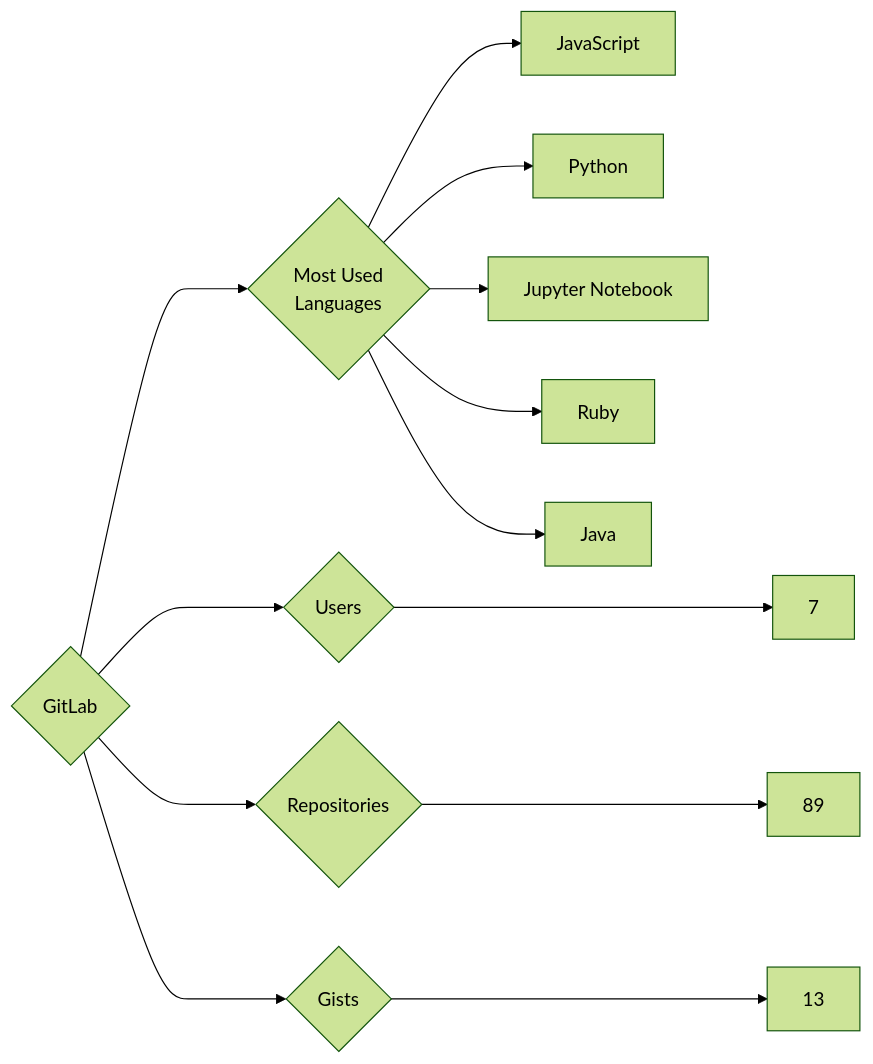
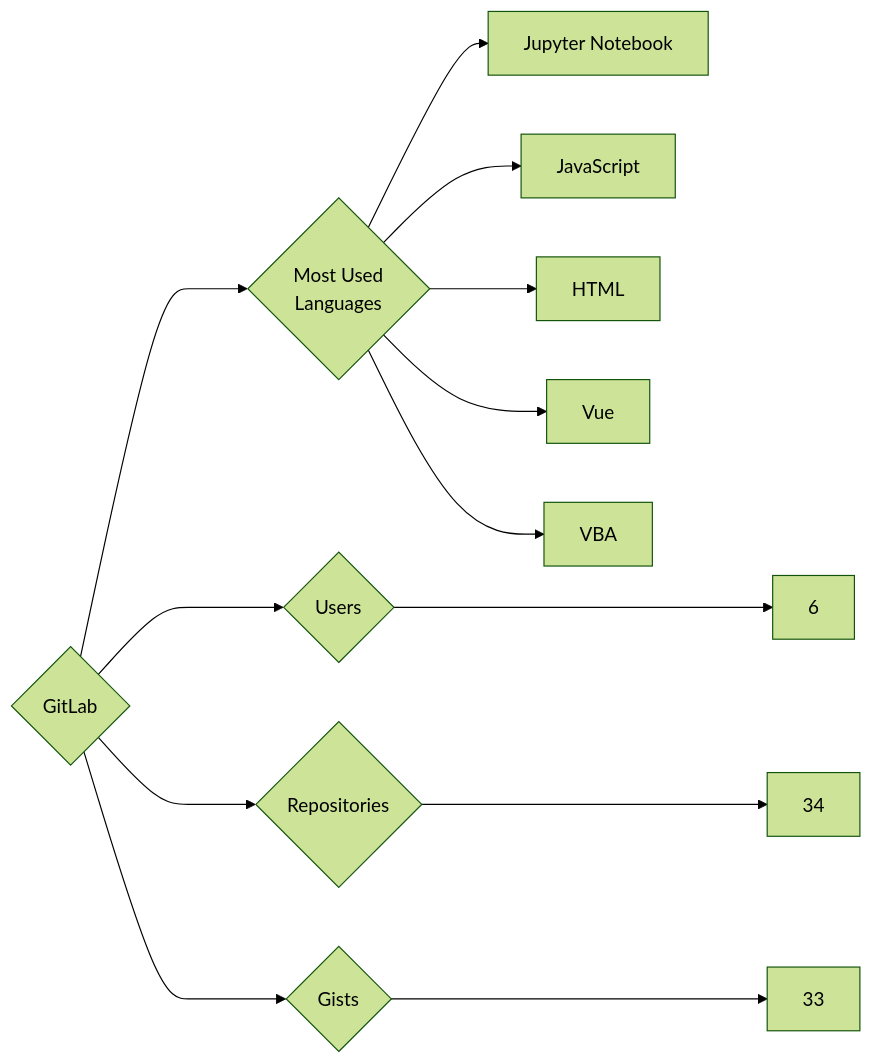
One commit to trickest/insiders changed the diagram in targets/GitLab/README.md. Above: the diagram before and after it, drawn with Mermaid (forest theme). The commit also changed 1148 other files, not shown here.

````diff
--- a/targets/GitLab/README.md
+++ b/targets/GitLab/README.md
@@ -3,13 +3,13 @@
 ```mermaid
 graph LR
 COMPANY_NAME{GitLab}
-COMPANY_NAME ---> U{Users} ---> UN[7]
-COMPANY_NAME ---> R{Repositories} ---> RN[89]
-COMPANY_NAME ---> G{Gists} ---> GN[13]
+COMPANY_NAME ---> U{Users} ---> UN[6]
+COMPANY_NAME ---> R{Repositories} ---> RN[34]
+COMPANY_NAME ---> G{Gists} ---> GN[33]
 COMPANY_NAME ---> ML{Most Used<br>Languages}
+ML --> Jupyter_Notebook[Jupyter Notebook]
 ML --> JavaScript[JavaScript]
-ML --> Python[Python]
-ML --> Jupyter_Notebook[Jupyter Notebook]
-ML --> Ruby[Ruby]
-ML --> Java[Java]
+ML --> HTML[HTML]
+ML --> Vue[Vue]
+ML --> VBA[VBA]
 ```
````
